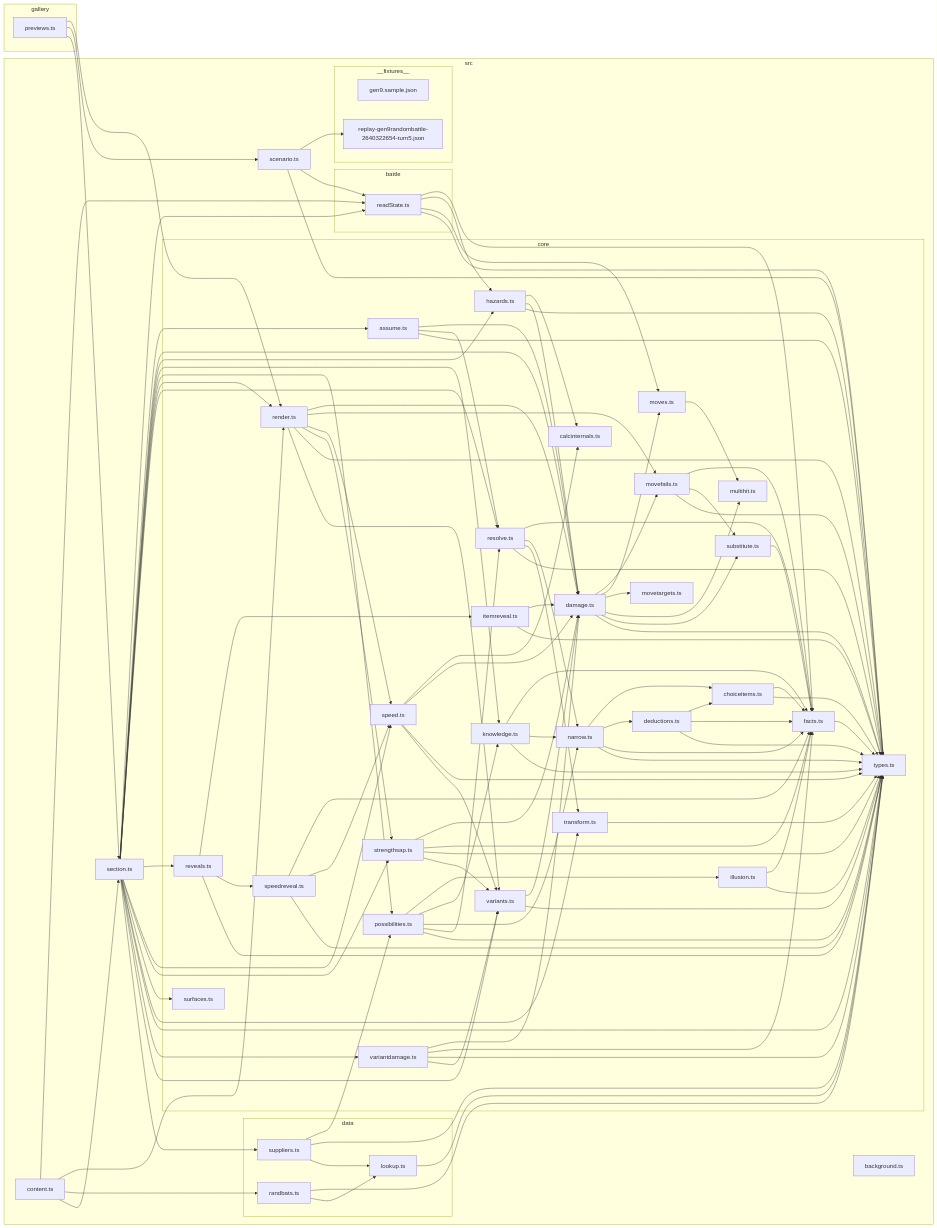
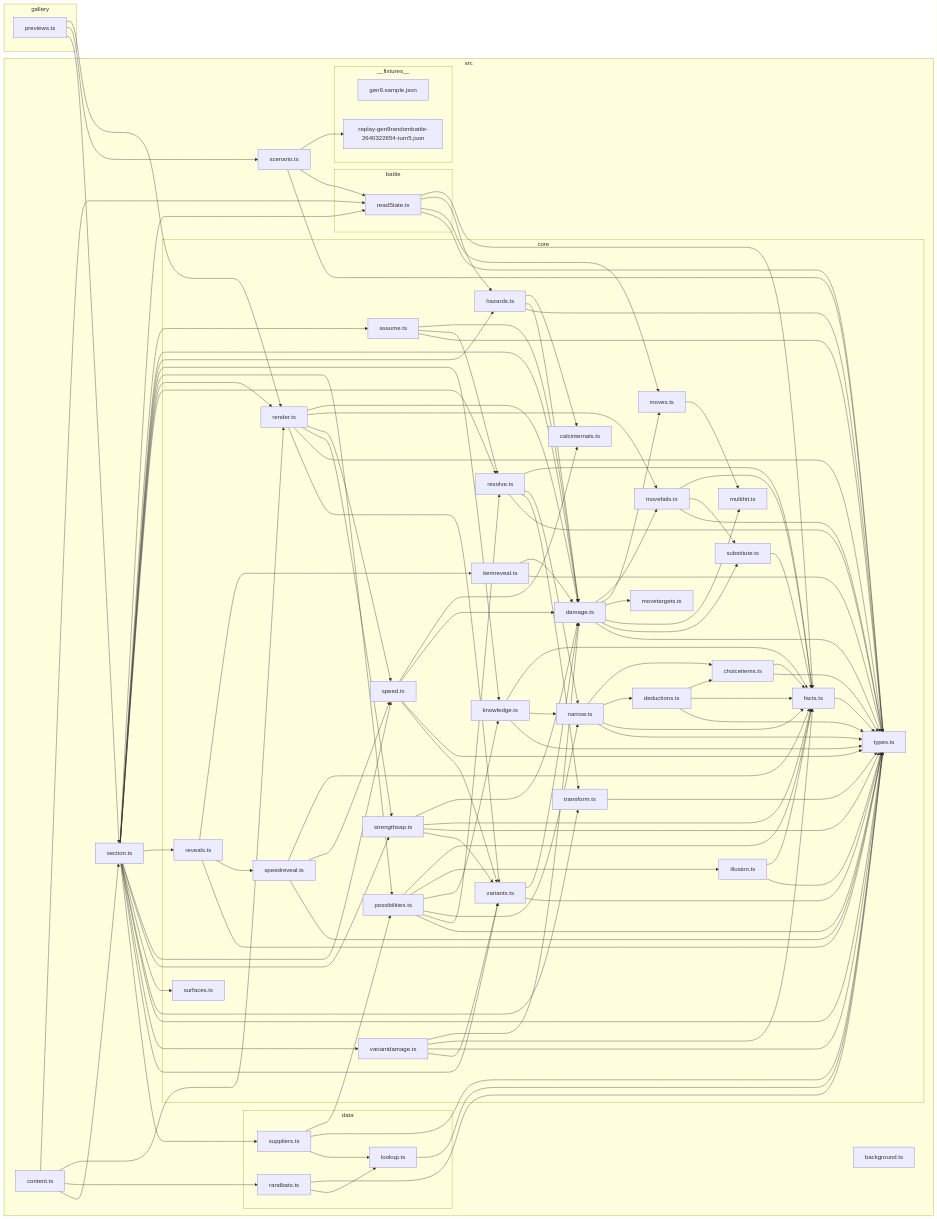
Before and after one commit to seanaujong/hi-chu: the diagram in docs/architecture-graph.md, drawn with Mermaid. The commit also changed other lines of this file and 5 other files, not shown here.

```diff
--- a/docs/architecture-graph.md
+++ b/docs/architecture-graph.md
@@ -145,6 +145,7 @@
 U-->7
 U-->Q
 U-->8
+V-->7
 V-->W
 V-->U
 V-->Q
```
